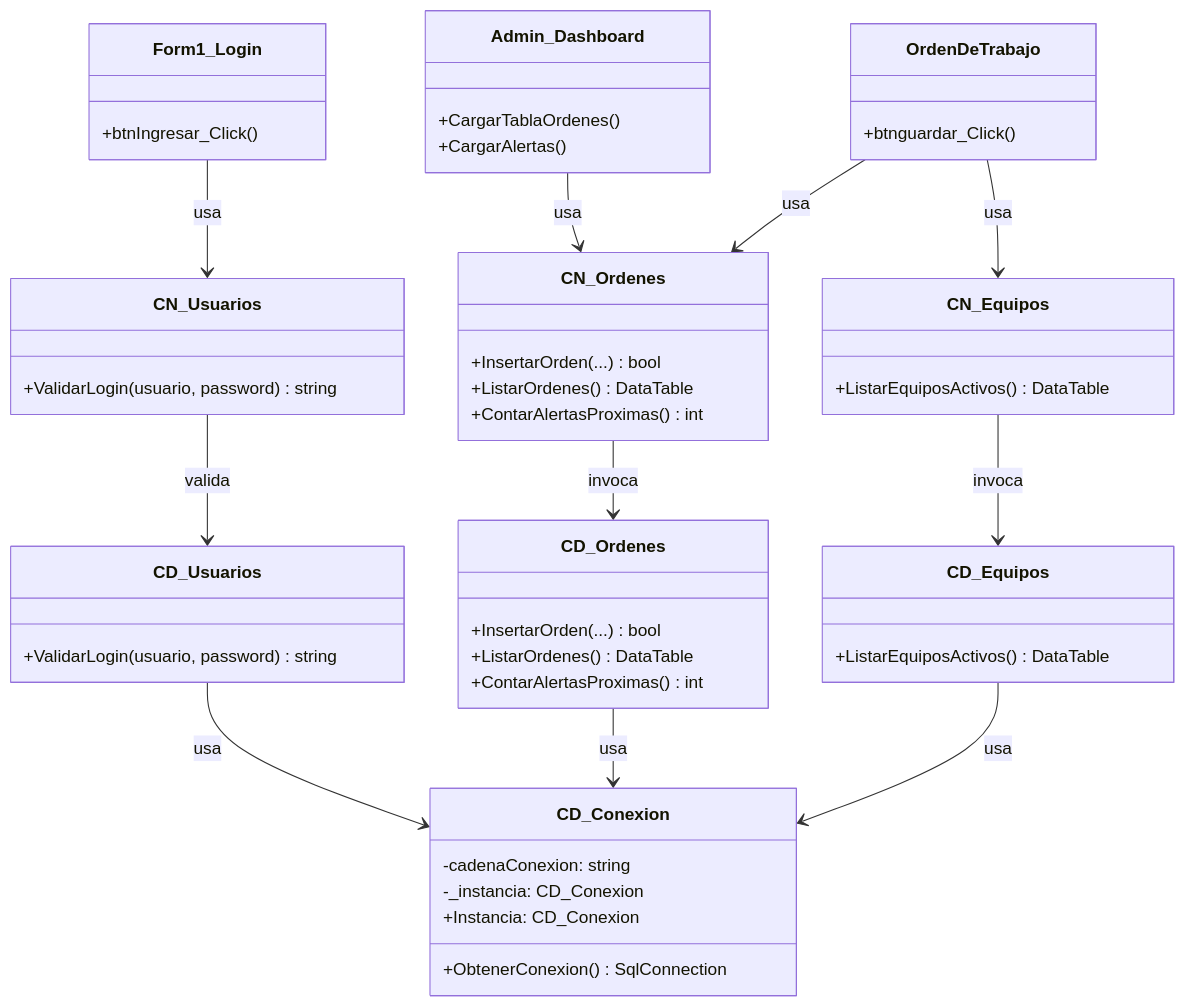
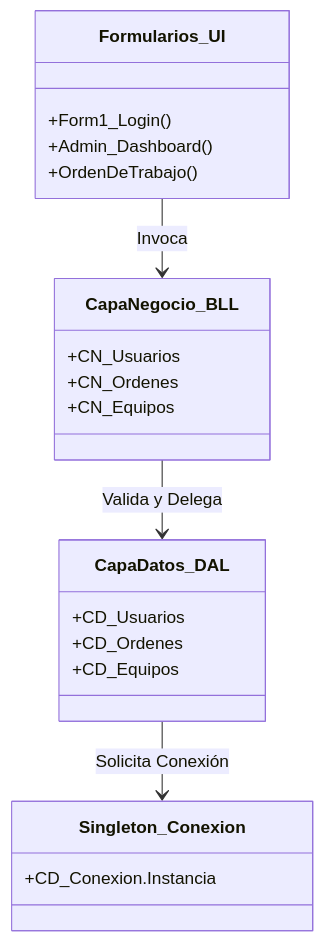
One commit to Donsan20/wSistemaMantenimientoPreventivoCorrectivo changed the first of 2 diagrams in Docs/Documentacion_Sprint1.md. Above: the diagram before and after it, drawn with Mermaid. The commit also changed other lines of this file and 1 other file, not shown here.

````diff
--- a/Docs/Documentacion_Sprint1.md
+++ b/Docs/Documentacion_Sprint1.md
@@ -57,56 +39,25 @@
 ```mermaid
 classDiagram
-    class Form1_Login {
-        +btnIngresar_Click()
+    class Formularios_UI {
+        +Form1_Login()
+        +Admin_Dashboard()
+        +OrdenDeTrabajo()
     }
-    class Admin_Dashboard {
-        +CargarTablaOrdenes()
-        +CargarAlertas()
+    class CapaNegocio_BLL {
+        +CN_Usuarios
+        +CN_Ordenes
+        +CN_Equipos
     }
-    class OrdenDeTrabajo {
-        +btnguardar_Click()
+    class CapaDatos_DAL {
+        +CD_Usuarios
+        +CD_Ordenes
+        +CD_Equipos
+    }
+    class Singleton_Conexion {
+        +CD_Conexion.Instancia
     }
     
-    class CN_Usuarios {
-        +ValidarLogin(usuario, password) string
-    }
-    class CN_Ordenes {
-        +InsertarOrden(...) bool
-        +ListarOrdenes() DataTable
-        +ContarAlertasProximas() int
-    }
-    class CN_Equipos {
-        +ListarEquiposActivos() DataTable
-    }
-    
-    class CD_Usuarios {
-        +ValidarLogin(usuario, password) string
-    }
-    class CD_Ordenes {
-        +InsertarOrden(...) bool
-        +ListarOrdenes() DataTable
-        +ContarAlertasProximas() int
-    }
-    class CD_Equipos {
-        +ListarEquiposActivos() DataTable
-    }
-    class CD_Conexion {
-        -cadenaConexion: string
-        -_instancia: CD_Conexion
-        +Instancia: CD_Conexion
-        +ObtenerConexion() SqlConnection
-    }
-
-    Form1_Login --> CN_Usuarios : usa
-    Admin_Dashboard --> CN_Ordenes : usa
-    OrdenDeTrabajo --> CN_Equipos : usa
-    OrdenDeTrabajo --> CN_Ordenes : usa
-
-    CN_Usuarios --> CD_Usuarios : valida
-    CN_Ordenes --> CD_Ordenes : invoca
-    CN_Equipos --> CD_Equipos : invoca
-
-    CD_Usuarios --> CD_Conexion : usa
-    CD_Ordenes --> CD_Conexion : usa
-    CD_Equipos --> CD_Conexion : usa
+    Formularios_UI --> CapaNegocio_BLL : Invoca
+    CapaNegocio_BLL --> CapaDatos_DAL : Valida y Delega
+    CapaDatos_DAL --> Singleton_Conexion : Solicita Conexión
 ```
````
